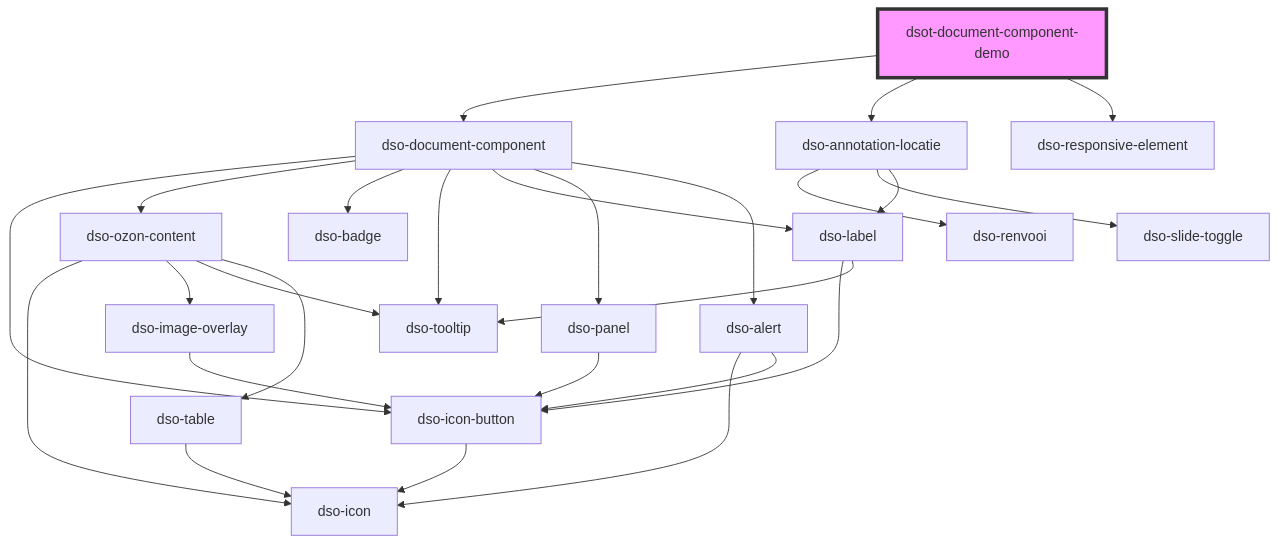
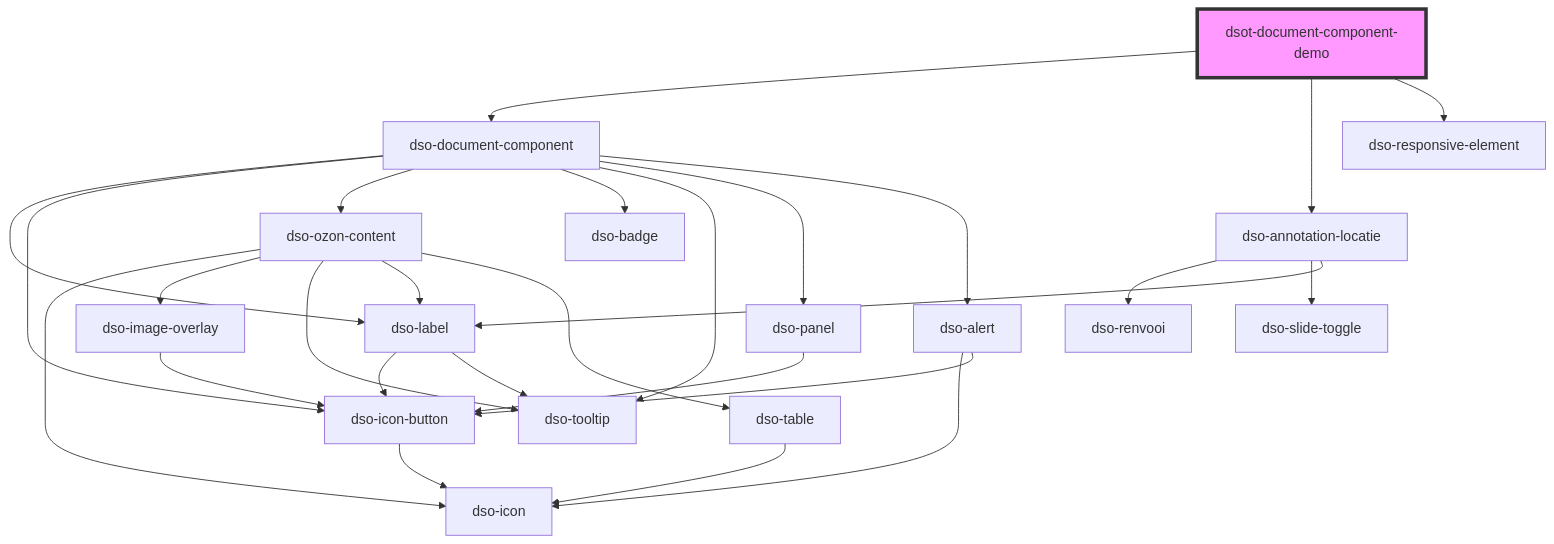
The diagram in packages/core/src/components/document-component-demo/readme.md (dso-toolkit/dso-toolkit), drawn with Mermaid before and after one commit. The commit also changed 15 other files, not shown here.

Commit message:
#3254 [Added] Document Component: `gereserveerd` en `vervallen` als XML

````diff
--- a/packages/core/src/components/document-component-demo/readme.md
+++ b/packages/core/src/components/document-component-demo/readme.md
@@ -36,29 +36,30 @@
 ```mermaid
 graph TD;
   dsot-document-component-demo --> dso-document-component
   dsot-document-component-demo --> dso-annotation-locatie
   dsot-document-component-demo --> dso-responsive-element
+  dso-document-component --> dso-label
   dso-document-component --> dso-icon-button
   dso-document-component --> dso-ozon-content
   dso-document-component --> dso-badge
   dso-document-component --> dso-tooltip
-  dso-document-component --> dso-label
   dso-document-component --> dso-panel
   dso-document-component --> dso-alert
+  dso-label --> dso-icon-button
+  dso-label --> dso-tooltip
   dso-icon-button --> dso-icon
   dso-ozon-content --> dso-icon
   dso-ozon-content --> dso-image-overlay
   dso-ozon-content --> dso-tooltip
+  dso-ozon-content --> dso-label
   dso-ozon-content --> dso-table
   dso-image-overlay --> dso-icon-button
   dso-table --> dso-icon
-  dso-label --> dso-icon-button
-  dso-label --> dso-tooltip
   dso-panel --> dso-icon-button
   dso-alert --> dso-icon
   dso-alert --> dso-icon-button
   dso-annotation-locatie --> dso-renvooi
   dso-annotation-locatie --> dso-slide-toggle
   dso-annotation-locatie --> dso-label
   style dsot-document-component-demo fill:#f9f,stroke:#333,stroke-width:4px
 ```
````
